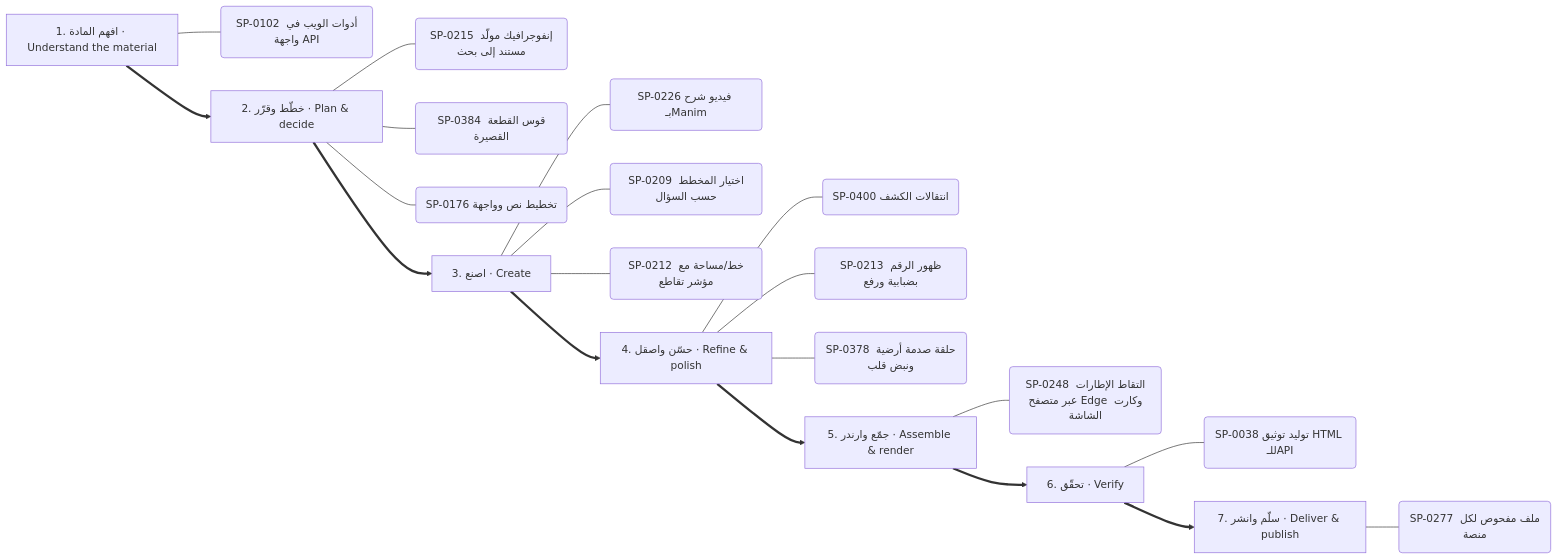
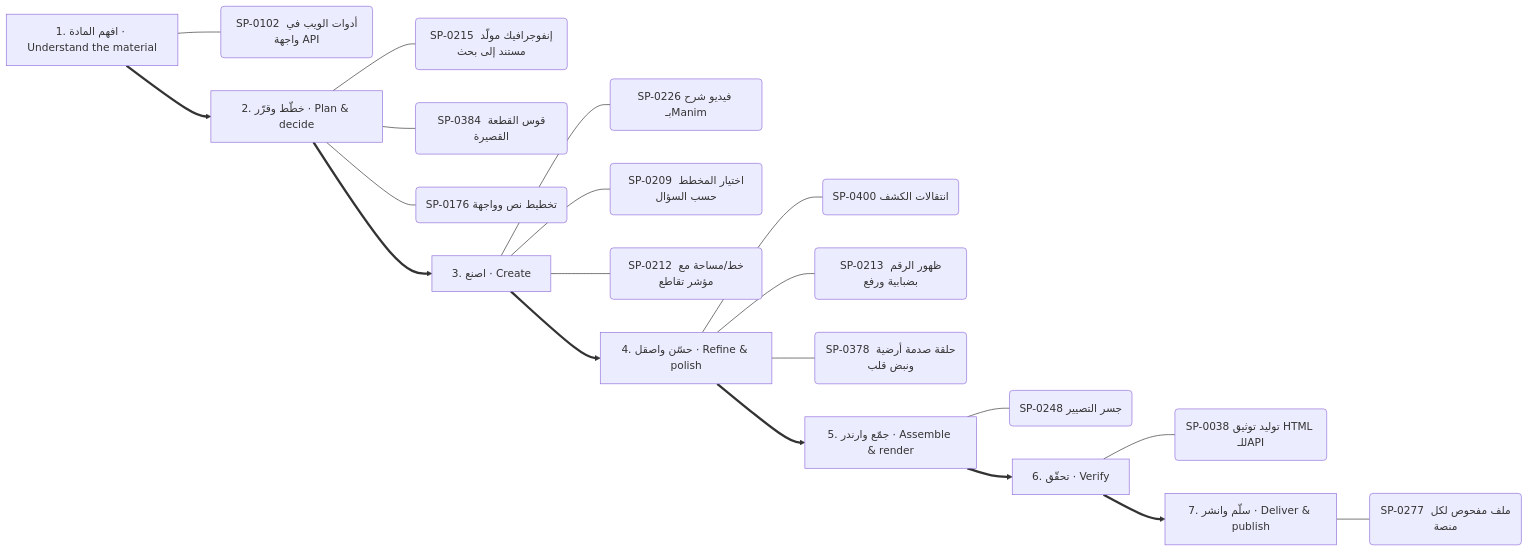
Before and after one commit to kosif199022-jpg/kosif-tool: the fifth of 13 diagrams in .claude/skills/kosif-superpowers/references/capability-mindmap.md, drawn with Mermaid. The commit also changed other lines of this file and 98 other files, not shown here.

````diff
--- a/.claude/skills/kosif-superpowers/references/capability-mindmap.md
+++ b/.claude/skills/kosif-superpowers/references/capability-mindmap.md
@@ -271,29 +271,29 @@
 ```mermaid
 flowchart LR
   S0["1. افهم المادة · Understand the material"]
   S0 --- S0_0("SP-0102 أدوات الويب في واجهة API")
   S1["2. خطّط وقرّر · Plan & decide"]
   S1 --- S1_0("SP-0215 إنفوجرافيك مولَّد مستند إلى بحث")
   S1 --- S1_1("SP-0384 قوس القطعة القصيرة")
   S1 --- S1_2("SP-0176 تخطيط نص وواجهة")
   S0 ==> S1
   S2["3. اصنع · Create"]
   S2 --- S2_0("SP-0226 فيديو شرح بـManim")
   S2 --- S2_1("SP-0209 اختيار المخطط حسب السؤال")
   S2 --- S2_2("SP-0212 خط/مساحة مع مؤشر تقاطع")
   S1 ==> S2
   S3["4. حسّن واصقل · Refine & polish"]
   S3 --- S3_0("SP-0400 انتقالات الكشف")
   S3 --- S3_1("SP-0213 ظهور الرقم بضبابية ورفع")
   S3 --- S3_2("SP-0378 حلقة صدمة أرضية ونبض قلب")
   S2 ==> S3
   S4["5. جمّع وارندر · Assemble & render"]
-  S4 --- S4_0("SP-0248 التقاط الإطارات عبر متصفح Edge وكارت الشاشة")
+  S4 --- S4_0("SP-0248 جسر التصيير")
   S3 ==> S4
   S5["6. تحقّق · Verify"]
   S5 --- S5_0("SP-0038 توليد توثيق HTML للـAPI")
   S4 ==> S5
   S6["7. سلّم وانشر · Deliver & publish"]
   S6 --- S6_0("SP-0277 ملف مفحوص لكل منصة")
   S5 ==> S6
 ```
````
